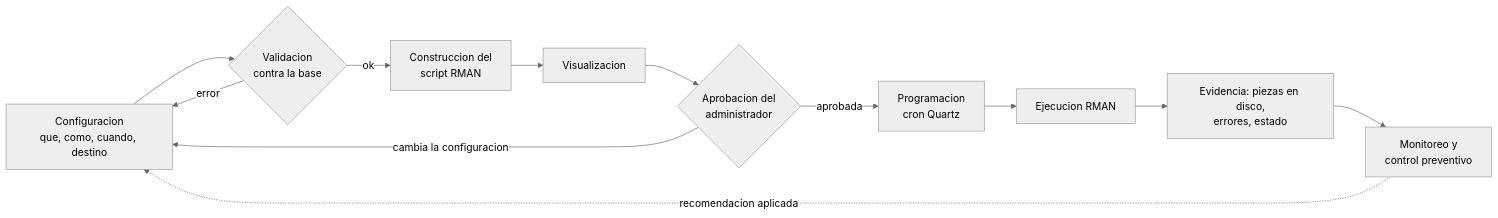
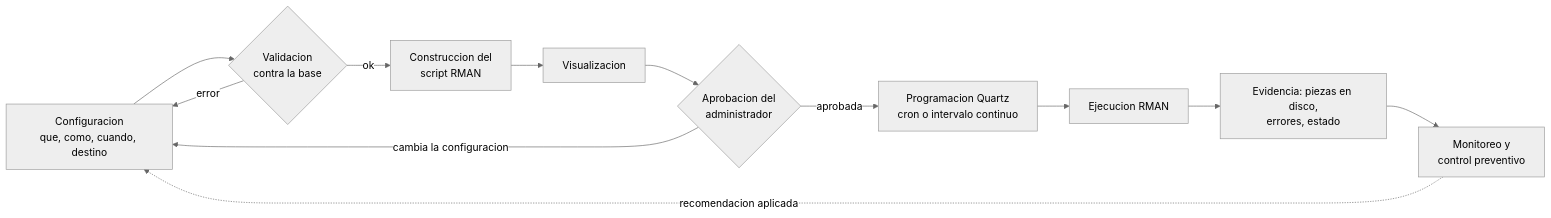
Before and after one commit to Adrian123CRff/Redolog: the first of 4 diagrams in docs/analisis-y-diseno.md, drawn with Mermaid (neutral theme). The commit also changed other lines of this file and 18 other files, not shown here.

````diff
--- a/docs/analisis-y-diseno.md
+++ b/docs/analisis-y-diseno.md
@@ -187,14 +195,14 @@
 ```mermaid
 flowchart LR
     A[Configuracion<br>que, como, cuando, destino] --> B{Validacion<br>contra la base}
     B -- error --> A
     B -- ok --> C[Construccion del<br>script RMAN]
     C --> D[Visualizacion]
     D --> E{Aprobacion del<br>administrador}
     E -- cambia la configuracion --> A
-    E -- aprobada --> F[Programacion<br>cron Quartz]
+    E -- aprobada --> F[Programacion Quartz<br>cron o intervalo continuo]
     F --> G[Ejecucion RMAN]
     G --> H[Evidencia: piezas en disco,<br>errores, estado]
     H --> I[Monitoreo y<br>control preventivo]
     I -. recomendacion aplicada .-> A
 ```
````
